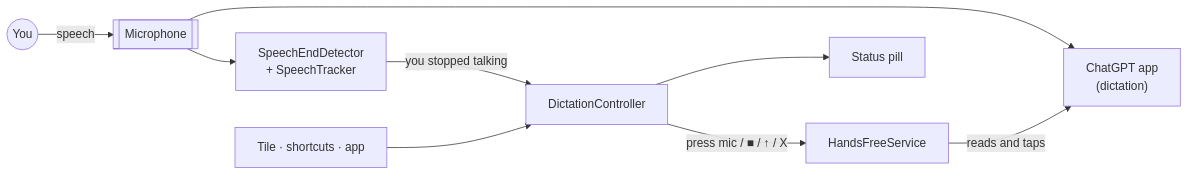
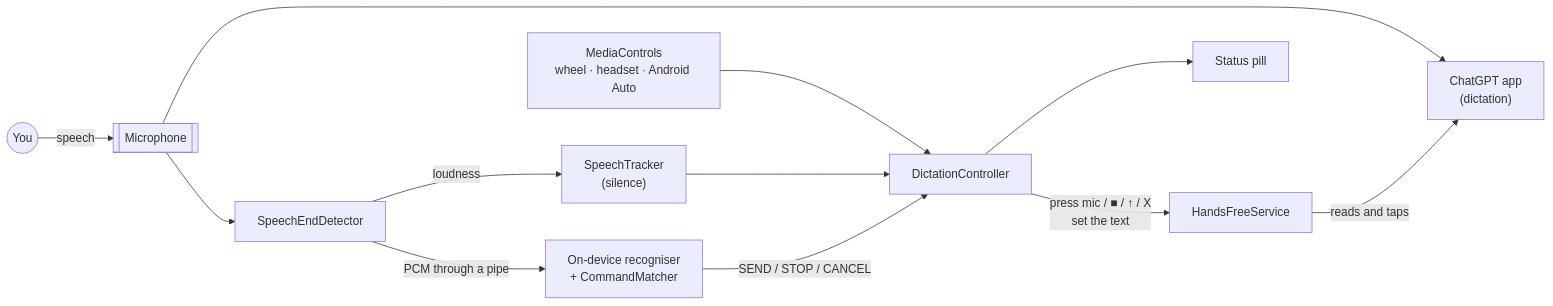
One commit to WillPastor/handsfree-gpt changed the first of 2 diagrams in docs/architecture.md. Above: the diagram before and after it, drawn with Mermaid. The commit also changed other lines of this file and 6 other files, not shown here.

````diff
--- a/docs/architecture.md
+++ b/docs/architecture.md
@@ -19,11 +27,14 @@
 ```mermaid
 flowchart LR
     you((You)) -- speech --> mic[[Microphone]]
     mic --> chatgpt["ChatGPT app<br/>(dictation)"]
-    mic --> detector["SpeechEndDetector<br/>+ SpeechTracker"]
-    detector -- "you stopped talking" --> controller[DictationController]
-    controller -- "press mic / ■ / ↑ / X" --> service[HandsFreeService]
+    mic --> detector["SpeechEndDetector"]
+    detector -- loudness --> tracker["SpeechTracker<br/>(silence)"]
+    detector -- "PCM through a pipe" --> asr["On-device recogniser<br/>+ CommandMatcher"]
+    buttons["MediaControls<br/>wheel · headset · Android Auto"] --> controller
+    tracker --> controller[DictationController]
+    asr -- "SEND / STOP / CANCEL" --> controller
+    controller -- "press mic / ■ / ↑ / X<br/>set the text" --> service[HandsFreeService]
     service -- "reads and taps" --> chatgpt
     controller --> pill[Status pill]
-    tile[Tile · shortcuts · app] --> controller
 ```
````
